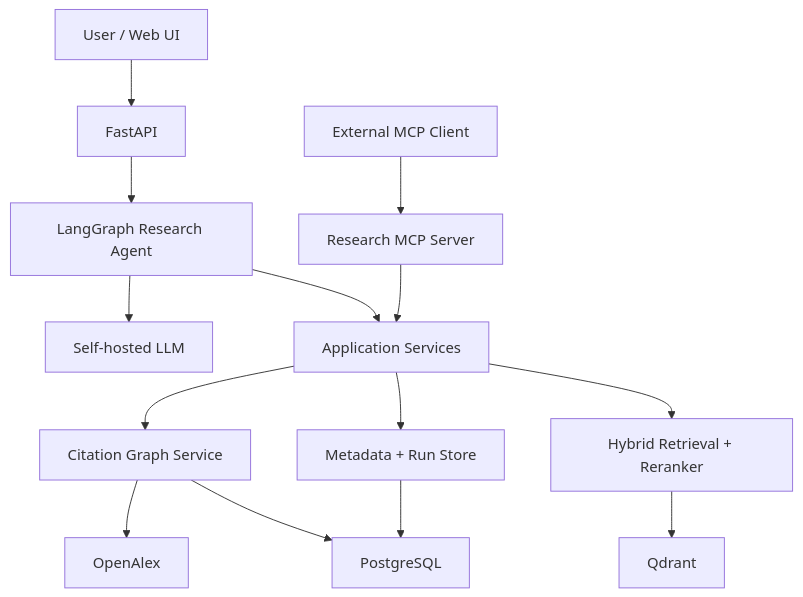
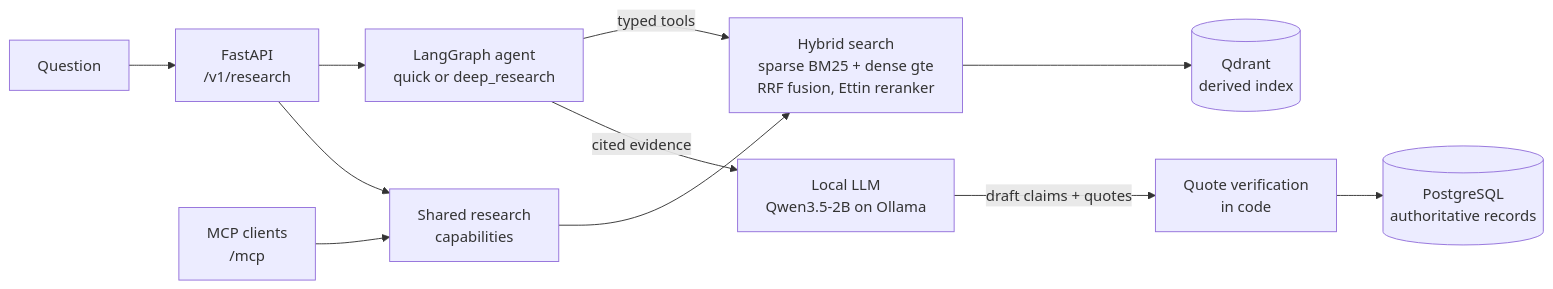
Before and after one commit to avsngh-git/RAGpipeline: the diagram in README.md, drawn with Mermaid. The commit also changed other lines of this file and 15 other files, not shown here.

````diff
--- a/README.md
+++ b/README.md
@@ -17,16 +21,13 @@
 ```mermaid
-flowchart TD
-    U["User / Web UI"] --> API["FastAPI"]
-    EXT["External MCP Client"] --> MCP["Research MCP Server"]
-    API --> AG["LangGraph Research Agent"]
-    AG --> SVC["Application Services"]
-    MCP --> SVC
-    SVC --> RET["Hybrid Retrieval + Reranker"]
-    SVC --> META["Metadata + Run Store"]
-    SVC --> GRAPH["Citation Graph Service"]
-    RET --> QD["Qdrant"]
-    META --> PG["PostgreSQL"]
-    GRAPH --> PG
-    GRAPH --> OA["OpenAlex"]
-    AG --> LLM["Self-hosted LLM"]
+flowchart LR
+    Q["Question"] --> API["FastAPI<br/>/v1/research"]
+    API --> AGENT["LangGraph agent<br/>quick or deep_research"]
+    AGENT -->|typed tools| SEARCH["Hybrid search<br/>sparse BM25 + dense gte<br/>RRF fusion, Ettin reranker"]
+    SEARCH --> QD[("Qdrant<br/>derived index")]
+    AGENT -->|cited evidence| LLM["Local LLM<br/>Qwen3.5-2B on Ollama"]
+    LLM -->|draft claims + quotes| VERIFY["Quote verification<br/>in code"]
+    VERIFY --> PG[("PostgreSQL<br/>authoritative records")]
+    MCP["MCP clients<br/>/mcp"] --> CAP["Shared research<br/>capabilities"]
+    API --> CAP
+    CAP --> SEARCH
 ```
````
